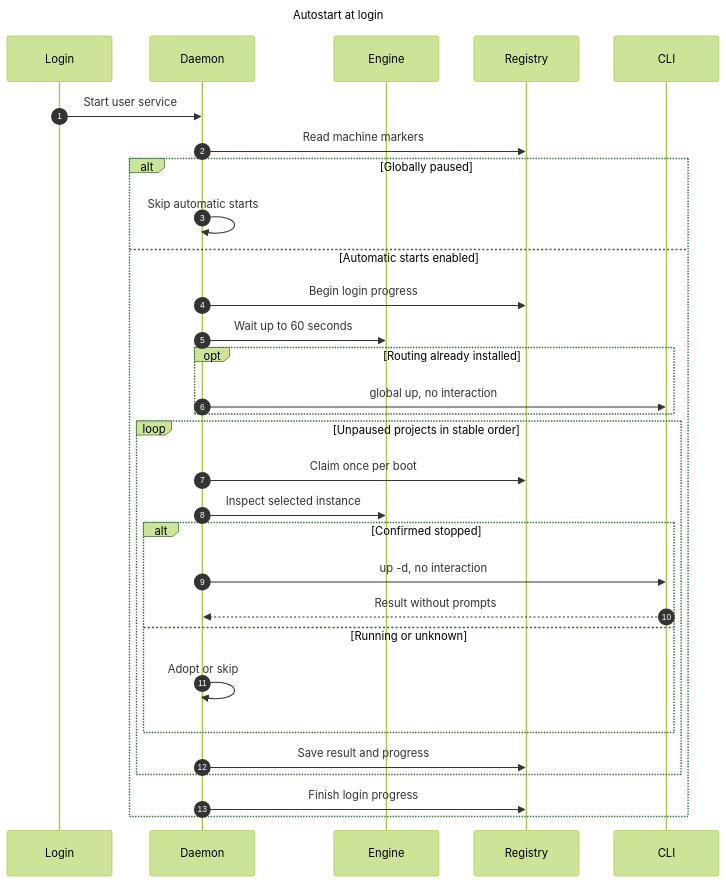
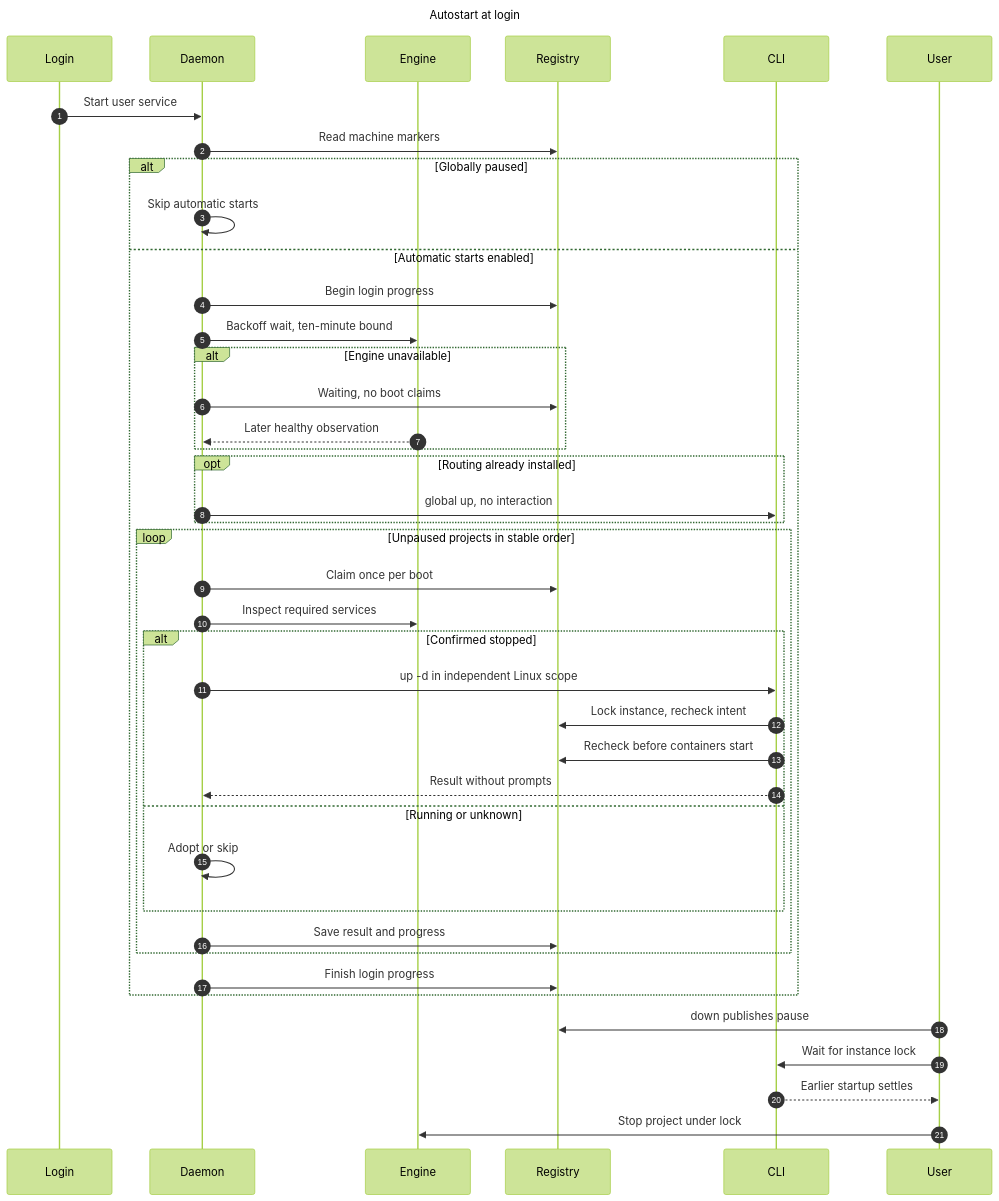
Before and after one commit to hack-dance/hack: the diagram in docs/diagrams/autostart-login.mmd, drawn with Mermaid (forest theme). The commit also changed 38 other files, not shown here.

```diff
--- a/docs/diagrams/autostart-login.mmd
+++ b/docs/diagrams/autostart-login.mmd
@@ -1,33 +1,44 @@
 ---
 title: Autostart at login
 ---
 sequenceDiagram
   autonumber
   participant Login
   participant Daemon
   participant Engine
   participant Registry
   participant CLI
+  participant User
   Login->>Daemon: Start user service
   Daemon->>Registry: Read machine markers
   alt Globally paused
     Daemon->>Daemon: Skip automatic starts
   else Automatic starts enabled
-  Daemon->>Registry: Begin login progress
-  Daemon->>Engine: Wait up to 60 seconds
-  opt Routing already installed
-    Daemon->>CLI: global up, no interaction
+    Daemon->>Registry: Begin login progress
+    Daemon->>Engine: Backoff wait, ten-minute bound
+    alt Engine unavailable
+      Daemon->>Registry: Waiting, no boot claims
+      Engine-->>Daemon: Later healthy observation
+    end
+    opt Routing already installed
+      Daemon->>CLI: global up, no interaction
+    end
+    loop Unpaused projects in stable order
+      Daemon->>Registry: Claim once per boot
+      Daemon->>Engine: Inspect required services
+      alt Confirmed stopped
+        Daemon->>CLI: up -d in independent Linux scope
+        CLI->>Registry: Lock instance, recheck intent
+        CLI->>Registry: Recheck before containers start
+        CLI-->>Daemon: Result without prompts
+      else Running or unknown
+        Daemon->>Daemon: Adopt or skip
+      end
+      Daemon->>Registry: Save result and progress
+    end
+    Daemon->>Registry: Finish login progress
   end
-  loop Unpaused projects in stable order
-    Daemon->>Registry: Claim once per boot
-    Daemon->>Engine: Inspect selected instance
-    alt Confirmed stopped
-      Daemon->>CLI: up -d, no interaction
-      CLI-->>Daemon: Result without prompts
-    else Running or unknown
-      Daemon->>Daemon: Adopt or skip
-    end
-    Daemon->>Registry: Save result and progress
-  end
-  Daemon->>Registry: Finish login progress
-  end
+  User->>Registry: down publishes pause
+  User->>CLI: Wait for instance lock
+  CLI-->>User: Earlier startup settles
+  User->>Engine: Stop project under lock
```
